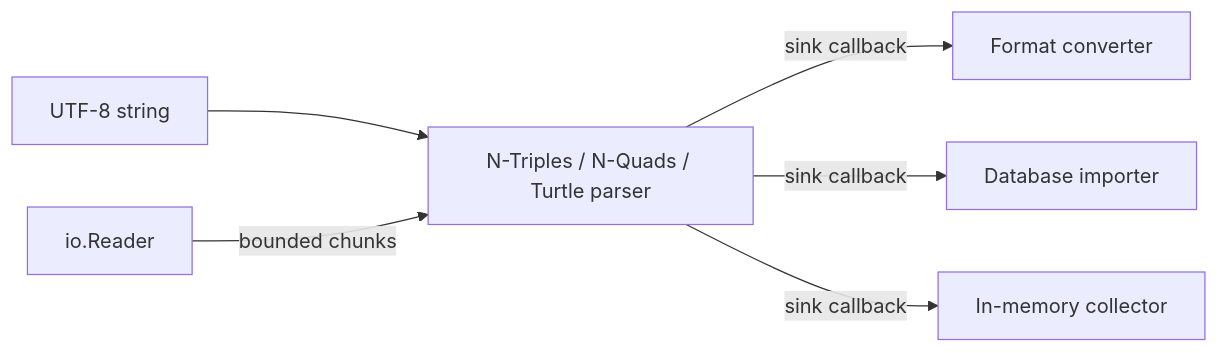
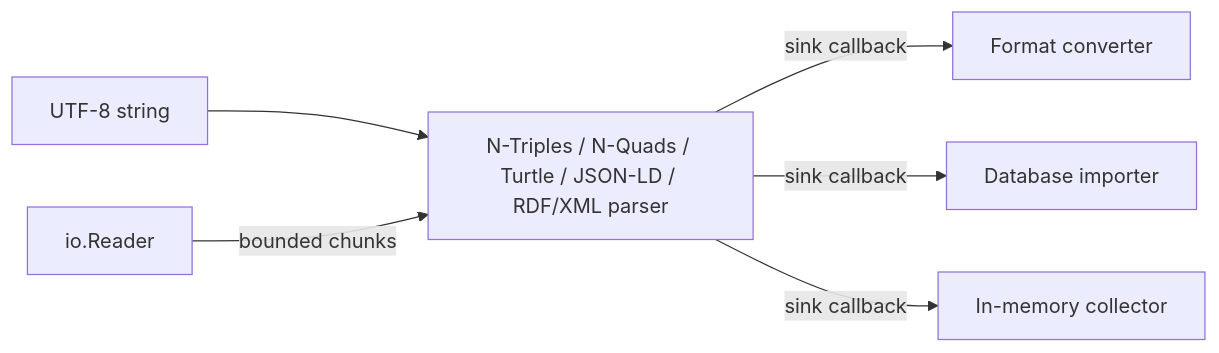
The diagram in README.md (crapthings/odin-rdf), drawn with Mermaid before and after one commit. The commit also changed other lines of this file and 18 other files, not shown here.

Commit message:
feat: add bounded RDF/XML input

````diff
--- a/README.md
+++ b/README.md
@@ -36,8 +37,8 @@
 ```mermaid
 flowchart LR
-    Memory[UTF-8 string] --> Parser[N-Triples / N-Quads / Turtle parser]
+    Memory[UTF-8 string] --> Parser[N-Triples / N-Quads / Turtle / JSON-LD / RDF/XML parser]
     Reader[io.Reader] -->|bounded chunks| Parser
     Parser -->|sink callback| Converter[Format converter]
     Parser -->|sink callback| Database[Database importer]
     Parser -->|sink callback| Collector[In-memory collector]
 ```
````
